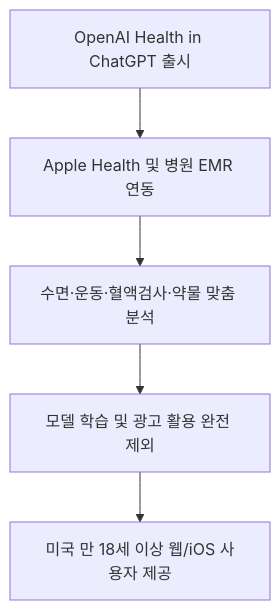
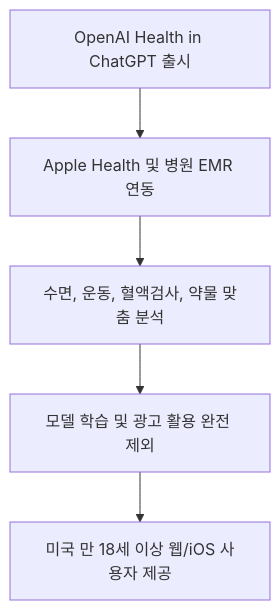
Before and after one commit to jjxxmiin/jjxxmiin.github.io: the first of 4 diagrams in _posts/2026-07-26-openai-launches-health-in-chatgpt-integrating-emr-and-apple-health-data.md, drawn with Mermaid. The commit also changed other lines of this file and 624 other files, not shown here.

````diff
--- a/_posts/2026-07-26-openai-launches-health-in-chatgpt-integrating-emr-and-apple-health-data.md
+++ b/_posts/2026-07-26-openai-launches-health-in-chatgpt-integrating-emr-and-apple-health-data.md
@@ -69,7 +74,7 @@
 ```mermaid
 flowchart TD
     A[OpenAI Health in ChatGPT 출시] --> B[Apple Health 및 병원 EMR 연동]
-    B --> C[수면·운동·혈액검사·약물 맞춤 분석]
+    B --> C[수면, 운동, 혈액검사, 약물 맞춤 분석]
     C --> D[모델 학습 및 광고 활용 완전 제외]
     D --> E[미국 만 18세 이상 웹/iOS 사용자 제공]
 ```
````
